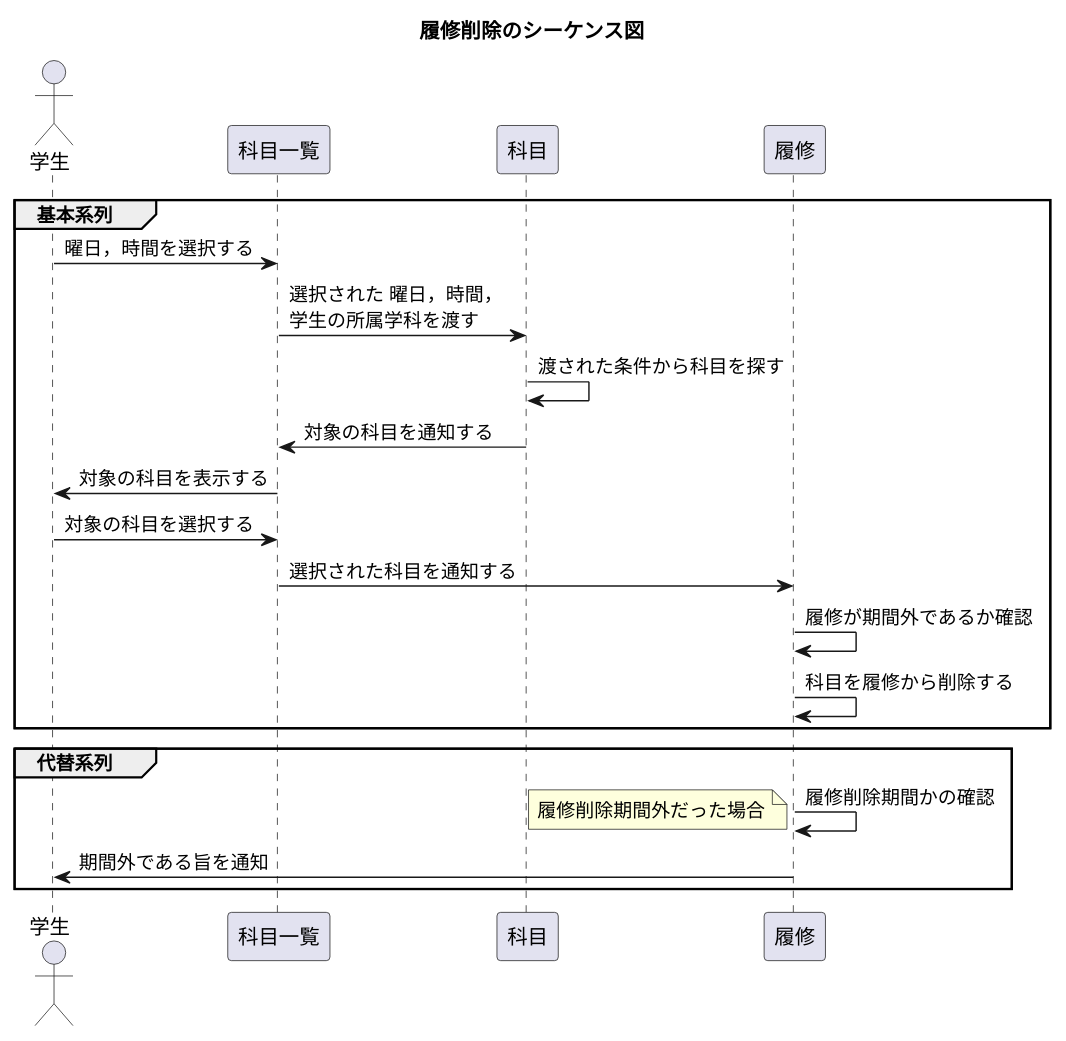
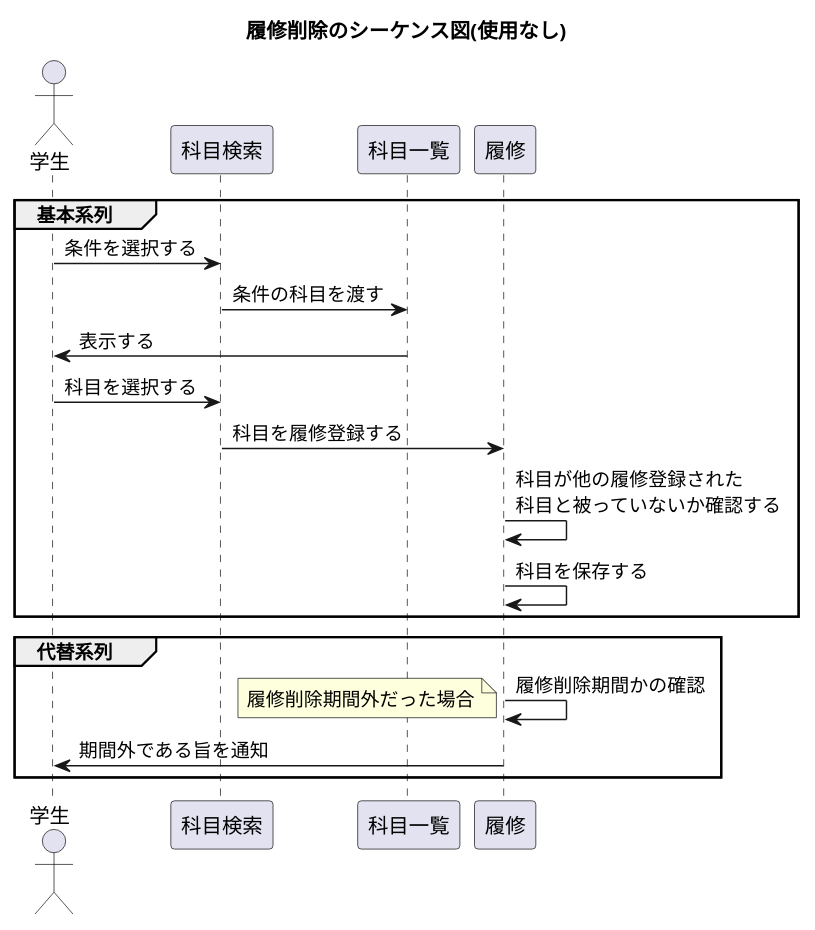
One commit to tanusai646/software-desine changed the diagram in uml/15/sequence2.puml. Above: the diagram before and after it, drawn with PlantUML. The commit also changed 6 other files, not shown here.

Commit message:
シーケンス図の修正

```diff
--- a/uml/15/sequence2.puml
+++ b/uml/15/sequence2.puml
@@ -1,29 +1,27 @@
-@startuml 履修削除のシーケンス図
-title 履修削除のシーケンス図
+@startuml 6-2
+title 履修削除のシーケンス図(使用なし)
 'クラス等
 actor 学生 as foo1
+participant 科目検索 as foo2
 participant 科目一覧 as foo3
-participant 科目 as foo2
 participant 履修 as foo4
 
 group 基本系列
-    foo1 -> foo3 : 曜日，時間を選択する
-    foo3 -> foo2 : 選択された 曜日，時間，\n学生の所属学科を渡す
-    foo2 -> foo2 : 渡された条件から科目を探す
-    foo2 -> foo3 : 対象の科目を通知する
-    foo3 -> foo1 : 対象の科目を表示する
-    foo1 -> foo3 : 対象の科目を選択する
-    foo3 -> foo4 : 選択された科目を通知する
-    foo4 -> foo4 : 履修が期間外であるか確認
-    foo4 -> foo4 : 科目を履修から削除する
+    foo1 -> foo2 : 条件を選択する
+    foo2 -> foo3 : 条件の科目を渡す
+    foo3 -> foo1 : 表示する
+    foo1 -> foo2 : 科目を選択する
+    foo2 -> foo4 : 科目を履修登録する
+    foo4 -> foo4 : 科目が他の履修登録された\n科目と被っていないか確認する
+    foo4 -> foo4 : 科目を保存する
 end
 
 group 代替系列
     foo4 -> foo4 : 履修削除期間かの確認
     note left
         履修削除期間外だった場合
     end note
     foo4 -> foo1 : 期間外である旨を通知
 end
 
 @enduml
```
